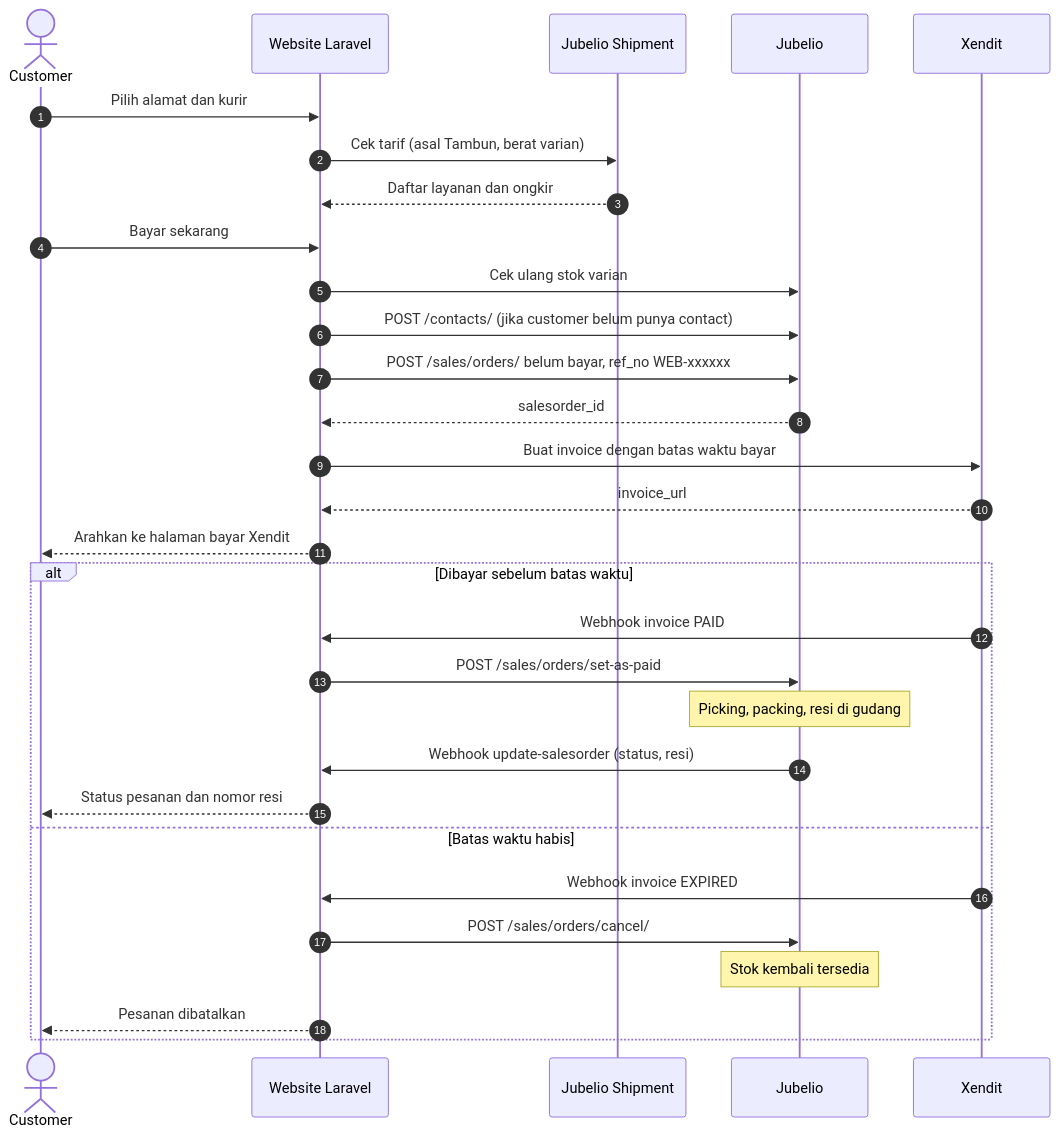
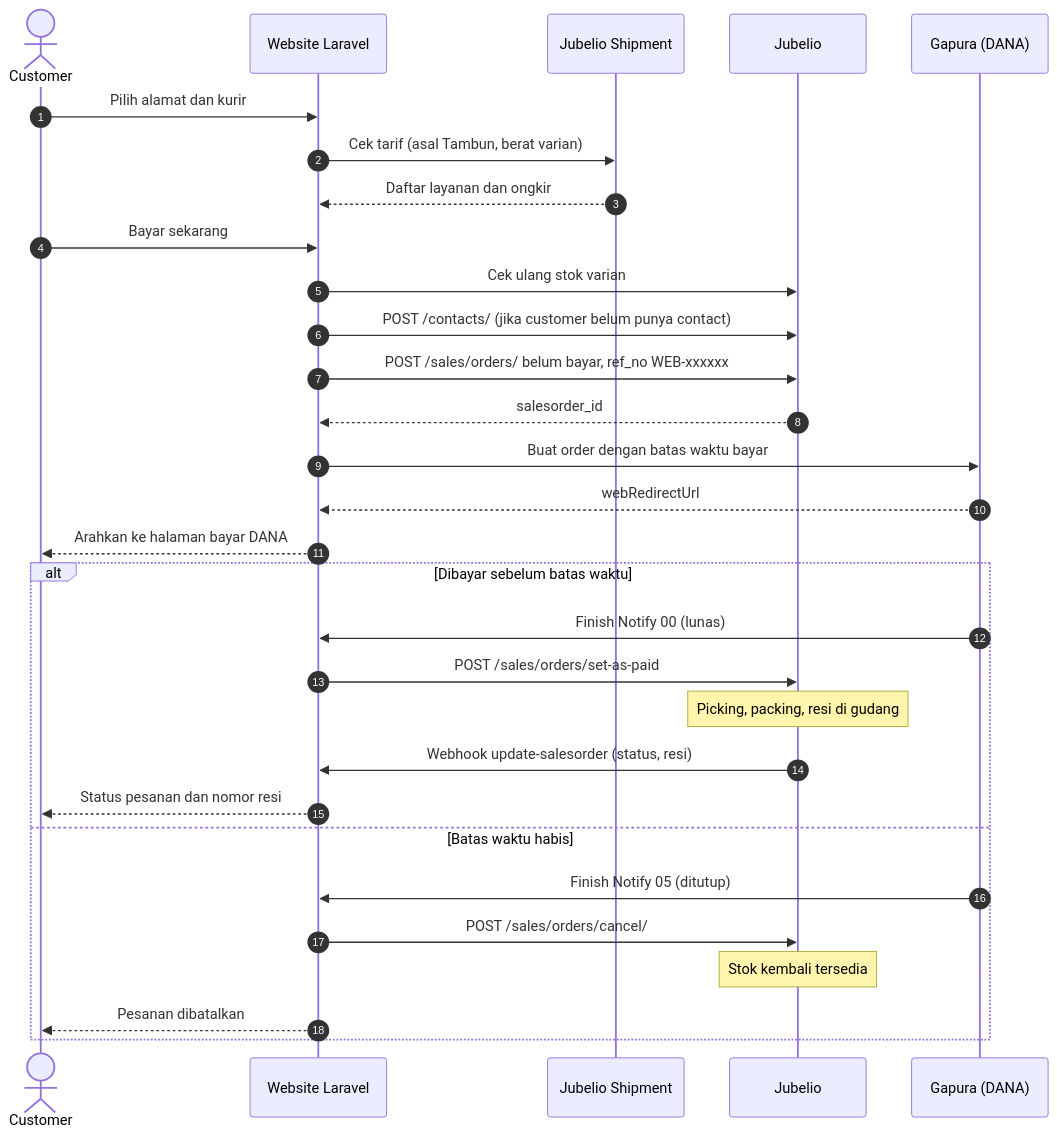
Before and after one commit to Zhafransss/E-Commers-Saeful-Askar: the second of 2 diagrams in docs/arsitektur-sistem.md, drawn with Mermaid. The commit also changed other lines of this file and 118 other files, not shown here.

````diff
--- a/docs/arsitektur-sistem.md
+++ b/docs/arsitektur-sistem.md
@@ -64,32 +64,32 @@
 ```mermaid
 sequenceDiagram
   autonumber
   actor C as Customer
   participant W as Website Laravel
   participant S as Jubelio Shipment
   participant J as Jubelio
-  participant X as Xendit
+  participant X as Gapura (DANA)
   C->>W: Pilih alamat dan kurir
   W->>S: Cek tarif (asal Tambun, berat varian)
   S-->>W: Daftar layanan dan ongkir
   C->>W: Bayar sekarang
   W->>J: Cek ulang stok varian
   W->>J: POST /contacts/ (jika customer belum punya contact)
   W->>J: POST /sales/orders/ belum bayar, ref_no WEB-xxxxxx
   J-->>W: salesorder_id
-  W->>X: Buat invoice dengan batas waktu bayar
-  X-->>W: invoice_url
-  W-->>C: Arahkan ke halaman bayar Xendit
+  W->>X: Buat order dengan batas waktu bayar
+  X-->>W: webRedirectUrl
+  W-->>C: Arahkan ke halaman bayar DANA
   alt Dibayar sebelum batas waktu
-    X->>W: Webhook invoice PAID
+    X->>W: Finish Notify 00 (lunas)
     W->>J: POST /sales/orders/set-as-paid
     Note over J: Picking, packing, resi di gudang
     J->>W: Webhook update-salesorder (status, resi)
     W-->>C: Status pesanan dan nomor resi
   else Batas waktu habis
-    X->>W: Webhook invoice EXPIRED
+    X->>W: Finish Notify 05 (ditutup)
     W->>J: POST /sales/orders/cancel/
     Note over J: Stok kembali tersedia
     W-->>C: Pesanan dibatalkan
   end
 ```
````
